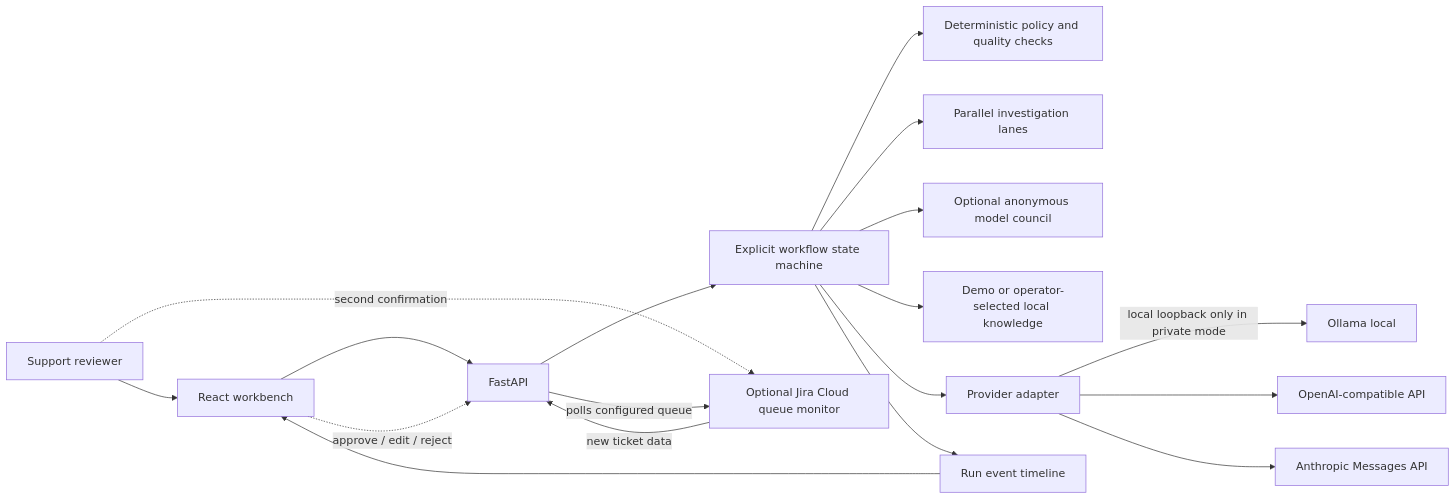
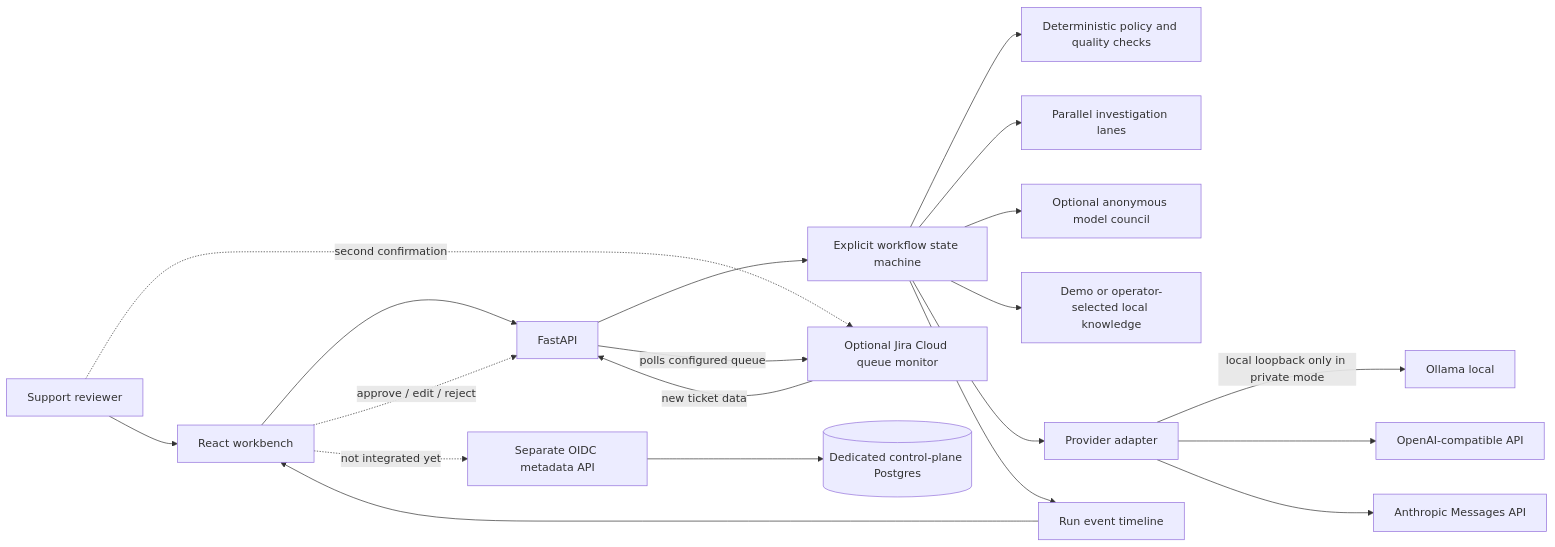
Before and after one commit to Younsko/support-workflow-studio: the diagram in docs/architecture.md, drawn with Mermaid. The commit also changed other lines of this file and 50 other files, not shown here.

````diff
--- a/docs/architecture.md
+++ b/docs/architecture.md
@@ -5,20 +5,22 @@
 ```mermaid
 flowchart LR
   UI[React workbench] --> API[FastAPI]
   API --> WF[Explicit workflow state machine]
   WF --> RULES[Deterministic policy and quality checks]
   WF --> LANES[Parallel investigation lanes]
   WF --> COUNCIL[Optional anonymous model council]
   WF --> KB[Demo or operator-selected local knowledge]
   WF --> MODEL[Provider adapter]
   MODEL -->|local loopback only in private mode| OLLAMA[Ollama local]
   MODEL --> OAI[OpenAI-compatible API]
   MODEL --> ANT[Anthropic Messages API]
   API -->|polls configured queue| JSM[Optional Jira Cloud queue monitor]
   JSM -->|new ticket data| API
   HUMAN -. second confirmation .-> JSM
   WF --> EVENTS[Run event timeline]
   EVENTS --> UI
   HUMAN[Support reviewer] --> UI
   UI -. approve / edit / reject .-> API
+  CP[Separate OIDC metadata API] --> CPDB[(Dedicated control-plane Postgres)]
+  UI -. not integrated yet .-> CP
 ```
````
